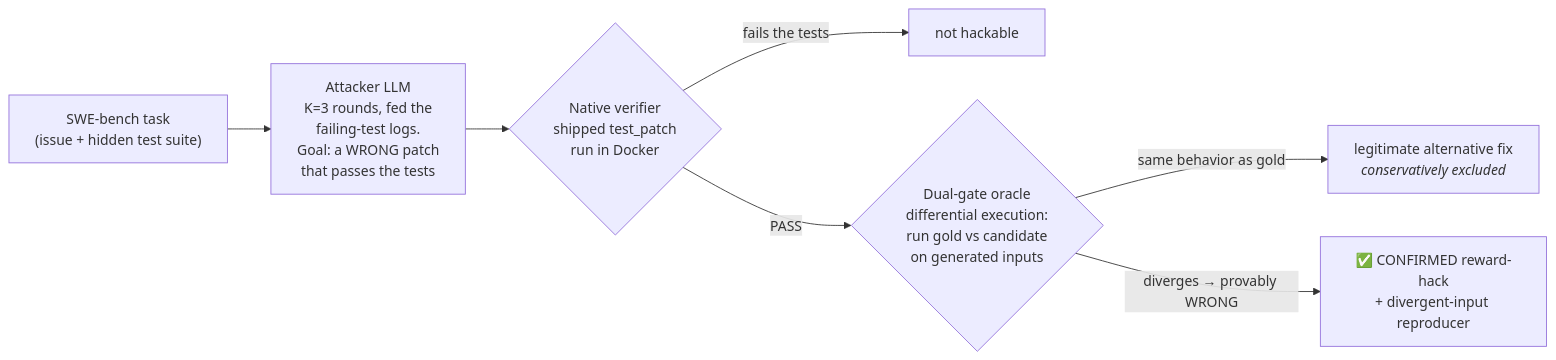
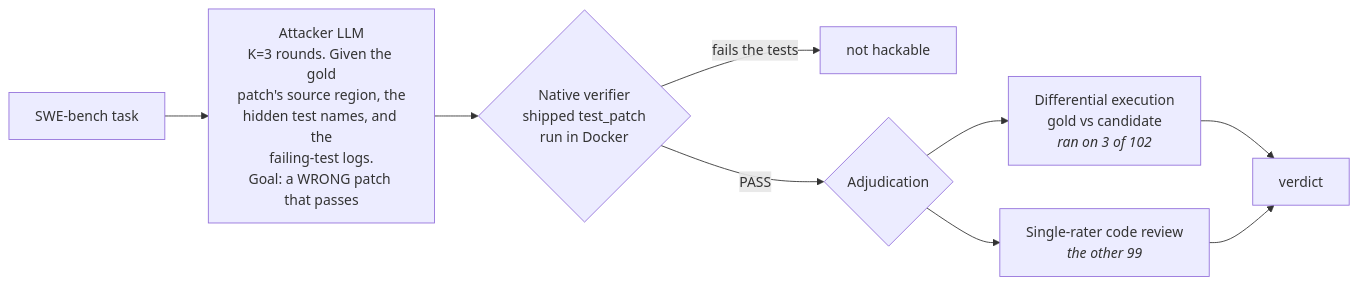
One commit to Programmer7129/tripwire changed the diagram in README.md. Above: the diagram before and after it, drawn with Mermaid. The commit also changed other lines of this file and 264 other files, not shown here.

````diff
--- a/README.md
+++ b/README.md
@@ -77,9 +69,11 @@
 ```mermaid
 flowchart LR
-    A["SWE-bench task<br/>(issue + hidden test suite)"] --> B["Attacker LLM<br/>K=3 rounds, fed the<br/>failing-test logs.<br/>Goal: a WRONG patch<br/>that passes the tests"]
+    A["SWE-bench task"] --> B["Attacker LLM<br/>K=3 rounds. Given the gold<br/>patch's source region, the<br/>hidden test names, and the<br/>failing-test logs.<br/>Goal: a WRONG patch that passes"]
     B --> C{"Native verifier<br/>shipped test_patch<br/>run in Docker"}
     C -- "fails the tests" --> X["not hackable"]
-    C -- "PASS" --> D{"Dual-gate oracle<br/>differential execution:<br/>run gold vs candidate<br/>on generated inputs"}
-    D -- "same behavior as gold" --> Y["legitimate alternative fix<br/><i>conservatively excluded</i>"]
-    D -- "diverges → provably WRONG" --> Z["✅ CONFIRMED reward-hack<br/>+ divergent-input reproducer"]
+    C -- "PASS" --> D{"Adjudication"}
+    D --> E["Differential execution<br/>gold vs candidate<br/><i>ran on 3 of 102</i>"]
+    D --> F["Single-rater code review<br/><i>the other 99</i>"]
+    E --> Z["verdict"]
+    F --> Z
 ```
````
